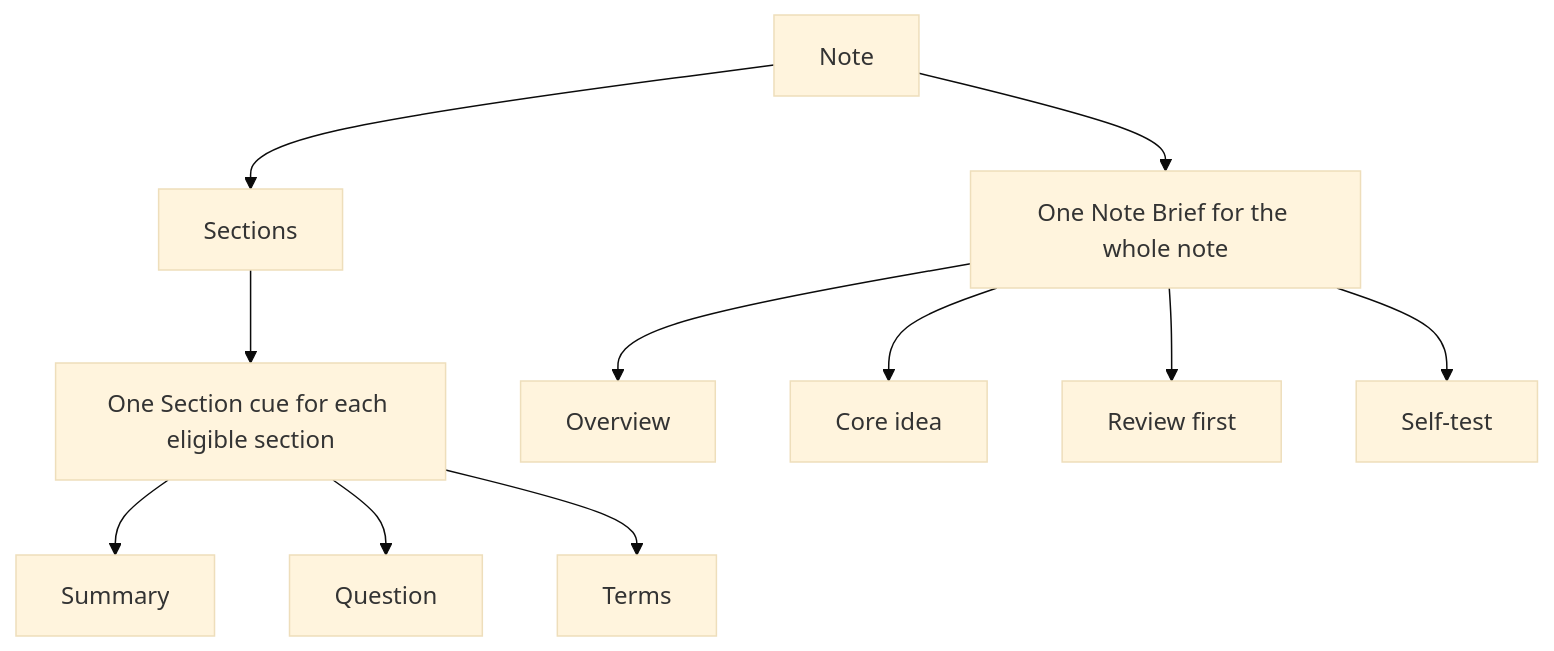
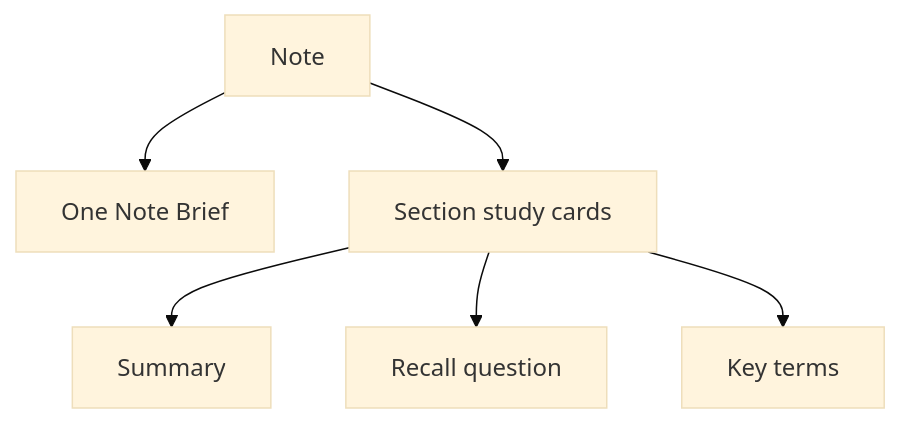
Before and after one commit to swartzrock/obsidian-firstrecall-plugin: the diagram in docs/CueCraft-Glossary.md, drawn with Mermaid (base theme). The commit also changed other lines of this file and 3 other files, not shown here.

````diff
--- a/docs/CueCraft-Glossary.md
+++ b/docs/CueCraft-Glossary.md
@@ -9,13 +8,8 @@
 ```mermaid
 flowchart TD
-  Note["Note"] --> Brief["One Note Brief for the whole note"]
-  Note --> Sections["Sections"]
-  Sections --> Cue["One Section cue for each eligible section"]
-  Cue --> Summary["Summary"]
-  Cue --> Question["Question"]
-  Cue --> Terms["Terms"]
-  Brief --> Overview["Overview"]
-  Brief --> Core["Core idea"]
-  Brief --> Review["Review first"]
-  Brief --> Test["Self-test"]
+  Note["Note"] --> Brief["One Note Brief"]
+  Note --> Cards["Section study cards"]
+  Cards --> Summary["Summary"]
+  Cards --> Recall["Recall question"]
+  Cards --> KeyTerms["Key terms"]
 ```
````
